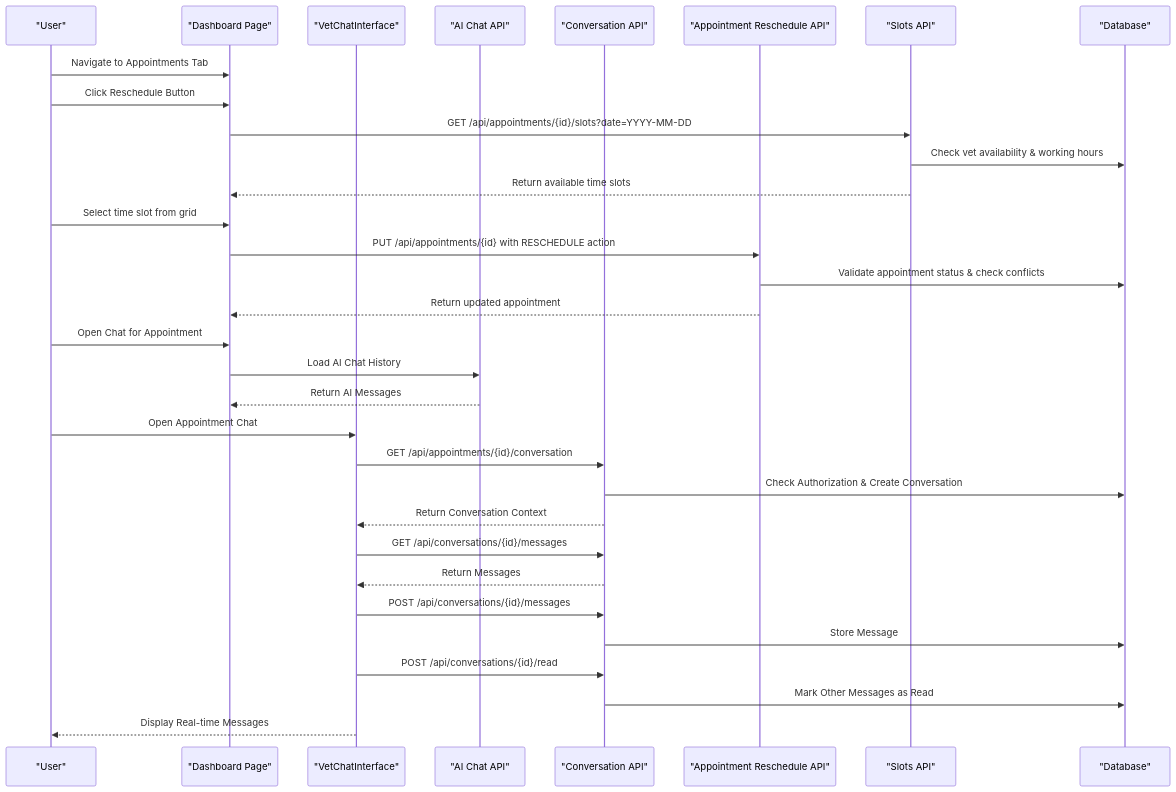
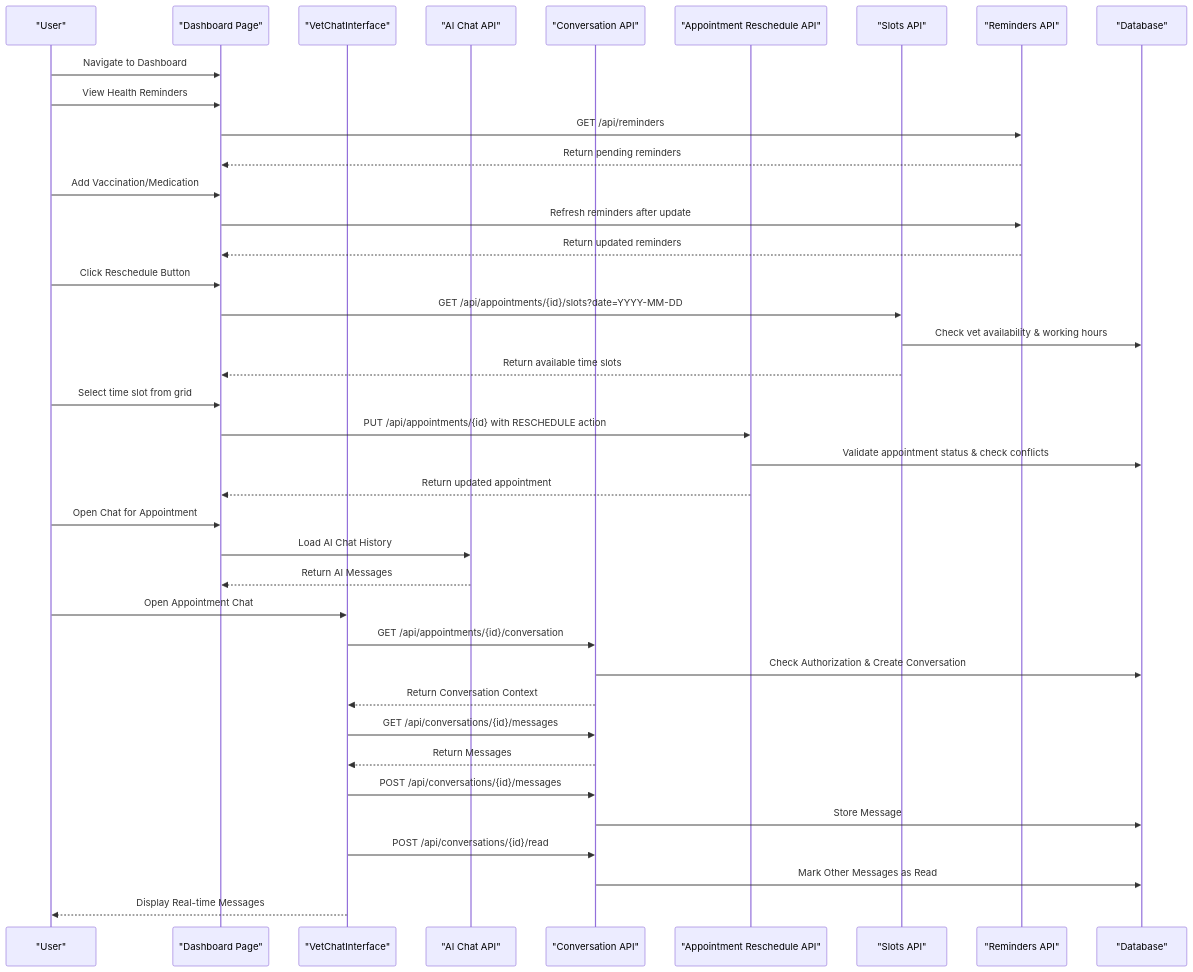
One commit to Javeria-Javaid/ai-powered-pet-healthcare-ecosystem changed the second of 3 diagrams in .qoder/repowiki/en/content/User Dashboards/Pet Owner Dashboard.md. Above: the diagram before and after it, drawn with Mermaid. The commit also changed other lines of this file and 45 other files, not shown here.

Commit message:
Update health tracking API documentation and repo structure

````diff
--- a/.qoder/repowiki/en/content/User Dashboards/Pet Owner Dashboard.md
+++ b/.qoder/repowiki/en/content/User Dashboards/Pet Owner Dashboard.md
@@ -176,34 +191,41 @@
 ```mermaid
 sequenceDiagram
 participant U as "User"
 participant D as "Dashboard Page"
 participant VC as "VetChatInterface"
 participant AC as "AI Chat API"
 participant CC as "Conversation API"
 participant AR as "Appointment Reschedule API"
 participant AS as "Slots API"
+participant RM as "Reminders API"
 participant DB as "Database"
-U->>D : Navigate to Appointments Tab
+U->>D : Navigate to Dashboard
+U->>D : View Health Reminders
+D->>RM : GET /api/reminders
+RM-->>D : Return pending reminders
+U->>D : Add Vaccination/Medication
+D->>RM : Refresh reminders after update
+RM-->>D : Return updated reminders
 U->>D : Click Reschedule Button
 D->>AS : GET /api/appointments/{id}/slots?date=YYYY-MM-DD
 AS->>DB : Check vet availability & working hours
 AS-->>D : Return available time slots
 U->>D : Select time slot from grid
 D->>AR : PUT /api/appointments/{id} with RESCHEDULE action
 AR->>DB : Validate appointment status & check conflicts
 AR-->>D : Return updated appointment
 U->>D : Open Chat for Appointment
 D->>AC : Load AI Chat History
 AC-->>D : Return AI Messages
 U->>VC : Open Appointment Chat
 VC->>CC : GET /api/appointments/{id}/conversation
 CC->>DB : Check Authorization & Create Conversation
 CC-->>VC : Return Conversation Context
 VC->>CC : GET /api/conversations/{id}/messages
 CC-->>VC : Return Messages
 VC->>CC : POST /api/conversations/{id}/messages
 CC->>DB : Store Message
 VC->>CC : POST /api/conversations/{id}/read
 CC->>DB : Mark Other Messages as Read
 VC-->>U : Display Real-time Messages
 ```
````
